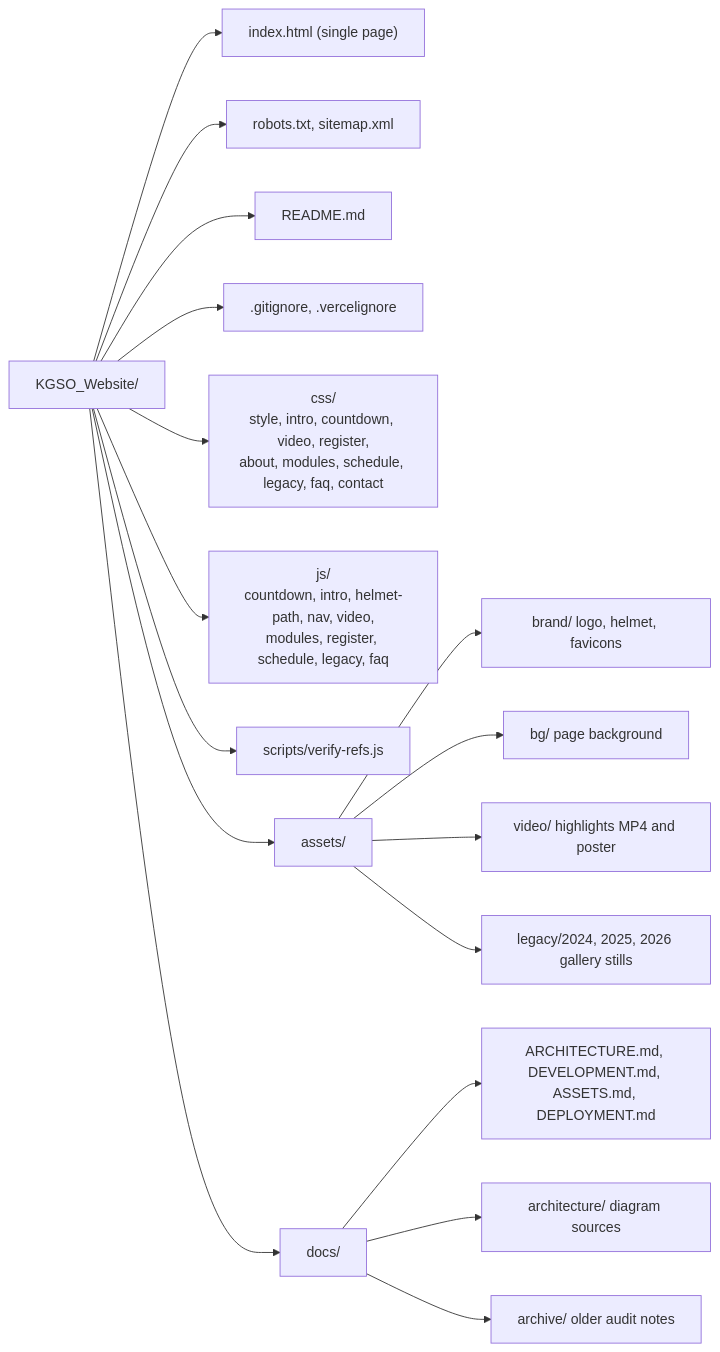
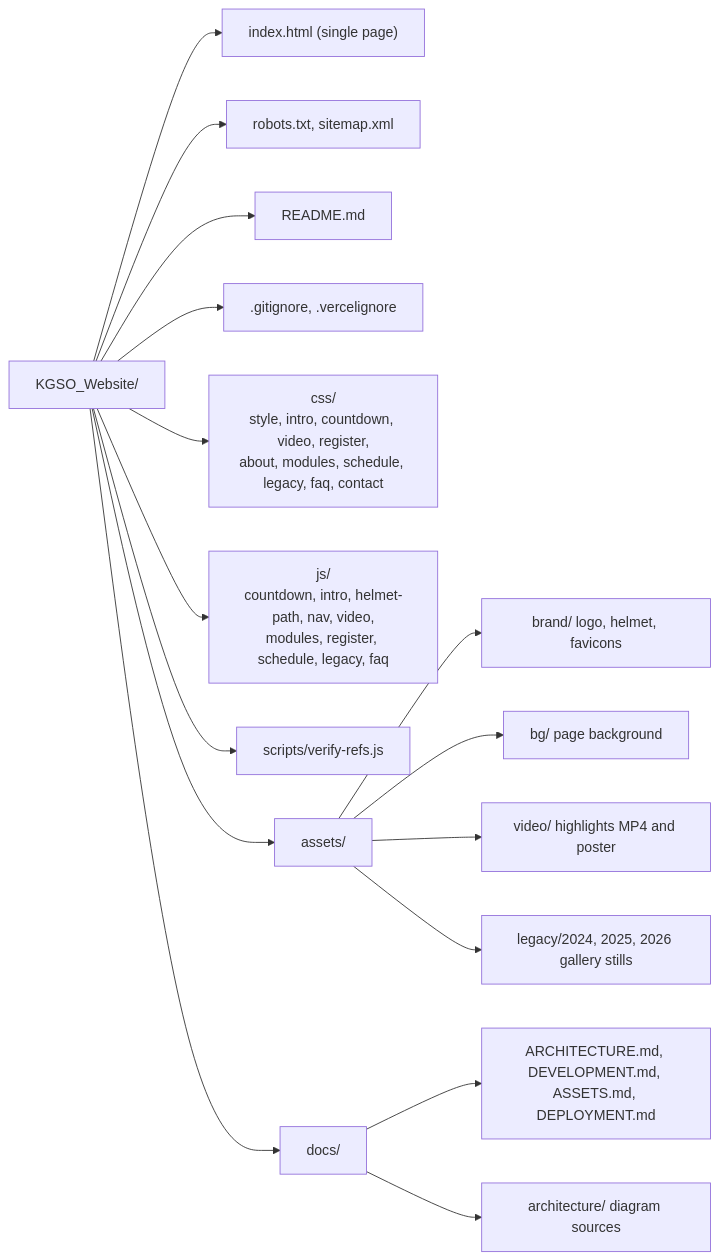
Before and after one commit to dumbodumbo/KGSO_Website: the sixth of 6 diagrams in docs/ARCHITECTURE.md, drawn with Mermaid. The commit also changed 7 other files, not shown here.

````diff
--- a/docs/ARCHITECTURE.md
+++ b/docs/ARCHITECTURE.md
@@ -167,20 +167,19 @@
 ```mermaid
 flowchart LR
   root["KGSO_Website/"]
   root --> index["index.html (single page)"]
   root --> seo["robots.txt, sitemap.xml"]
   root --> readme["README.md"]
   root --> ignores[".gitignore, .vercelignore"]
   root --> css["css/<br/>style, intro, countdown, video, register,<br/>about, modules, schedule, legacy, faq, contact"]
   root --> js["js/<br/>countdown, intro, helmet-path, nav, video,<br/>modules, register, schedule, legacy, faq"]
   root --> scripts["scripts/verify-refs.js"]
   root --> assets["assets/"]
   root --> docs["docs/"]
   assets --> brand["brand/ logo, helmet, favicons"]
   assets --> bg["bg/ page background"]
   assets --> video["video/ highlights MP4 and poster"]
   assets --> legacy["legacy/2024, 2025, 2026 gallery stills"]
   docs --> arch["ARCHITECTURE.md, DEVELOPMENT.md, ASSETS.md, DEPLOYMENT.md"]
   docs --> diagrams["architecture/ diagram sources"]
-  docs --> archive["archive/ older audit notes"]
 ```
````
